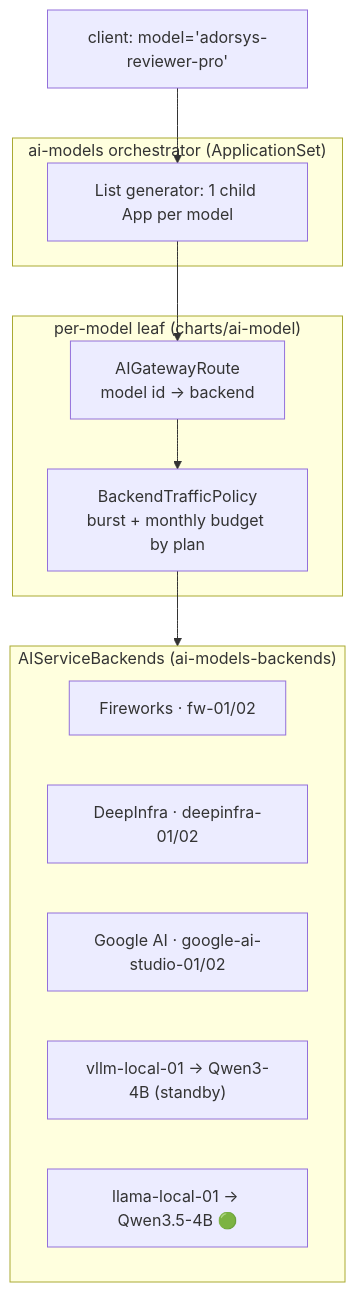
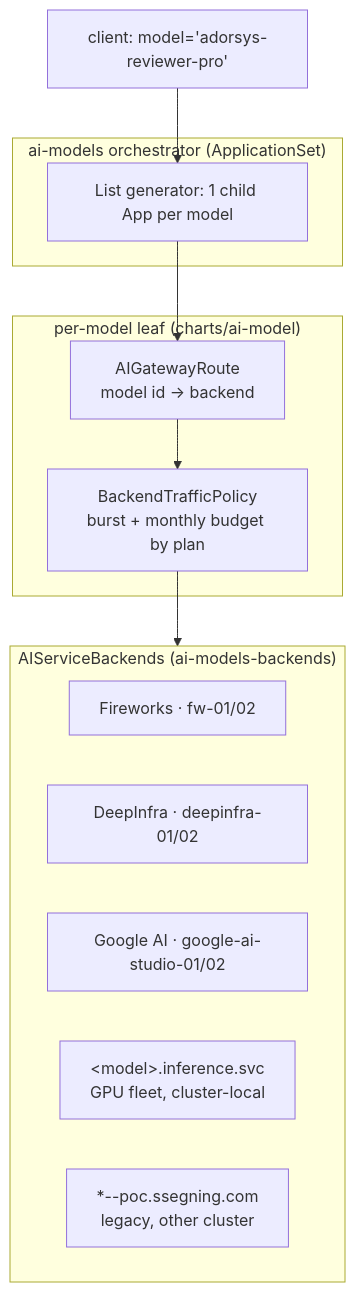
One commit to ADORSYS-GIS/ai-helm changed the first of 3 diagrams in docs/architecture/09-model-serving.md. Above: the diagram before and after it, drawn with Mermaid. The commit also changed other lines of this file and 4 other files, not shown here.

````diff
--- a/docs/architecture/09-model-serving.md
+++ b/docs/architecture/09-model-serving.md
@@ -10,21 +11,21 @@
 ```mermaid
 flowchart TB
     REQ["client: model='adorsys-reviewer-pro'"]
     subgraph orch["ai-models orchestrator (ApplicationSet)"]
         AS["List generator: 1 child App per model"]
     end
     subgraph leaf["per-model leaf (charts/ai-model)"]
         ROUTE["AIGatewayRoute<br/>model id → backend"]
         BUDGET["BackendTrafficPolicy<br/>burst + monthly budget by plan"]
     end
     subgraph backends["AIServiceBackends (ai-models-backends)"]
         FW["Fireworks · fw-01/02"]
         DI["DeepInfra · deepinfra-01/02"]
         GA["Google AI · google-ai-studio-01/02"]
-        VL["vllm-local-01 → Qwen3-4B (standby)"]
-        LL["llama-local-01 → Qwen3.5-4B 🟢"]
+        LOC["&lt;model&gt;.inference.svc<br/>GPU fleet, cluster-local"]
+        OLD["*--poc.ssegning.com<br/>legacy, other cluster"]
     end
 
     REQ --> AS --> ROUTE --> BUDGET --> backends
 
 ```
````
